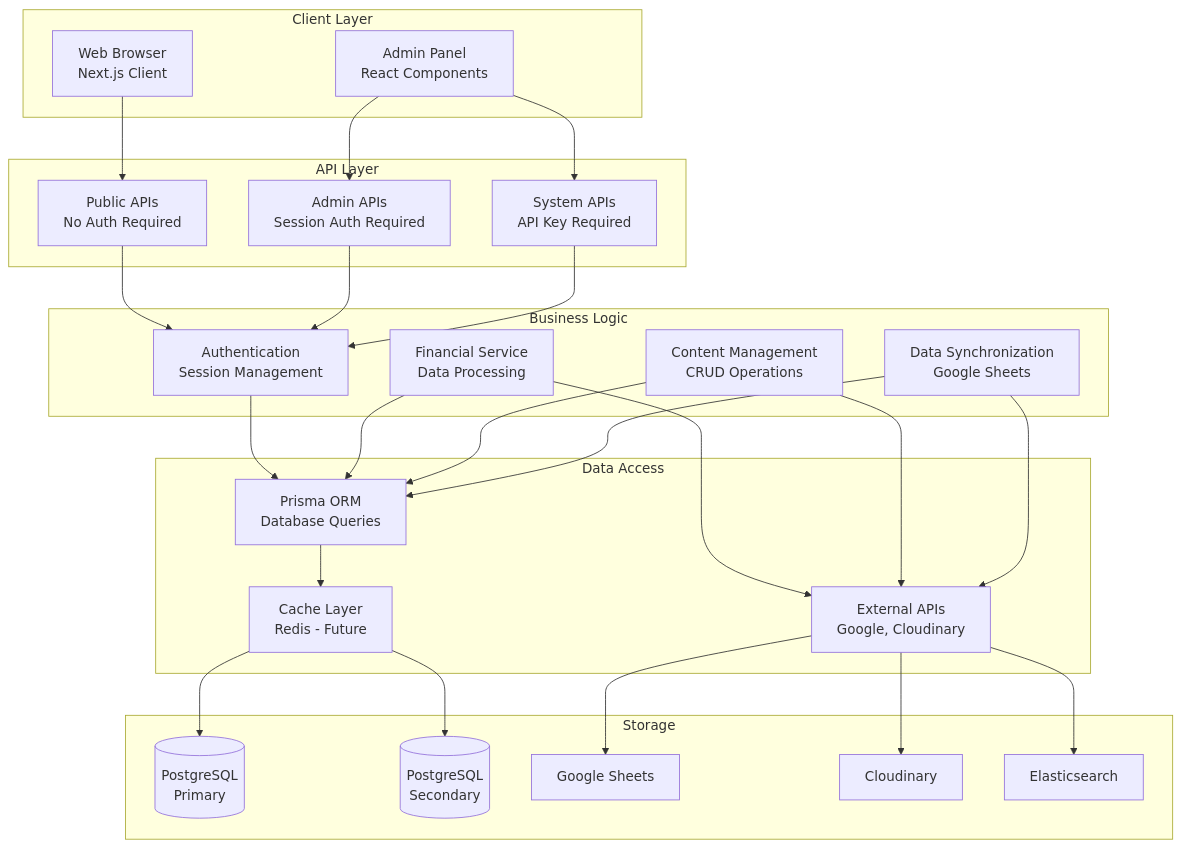
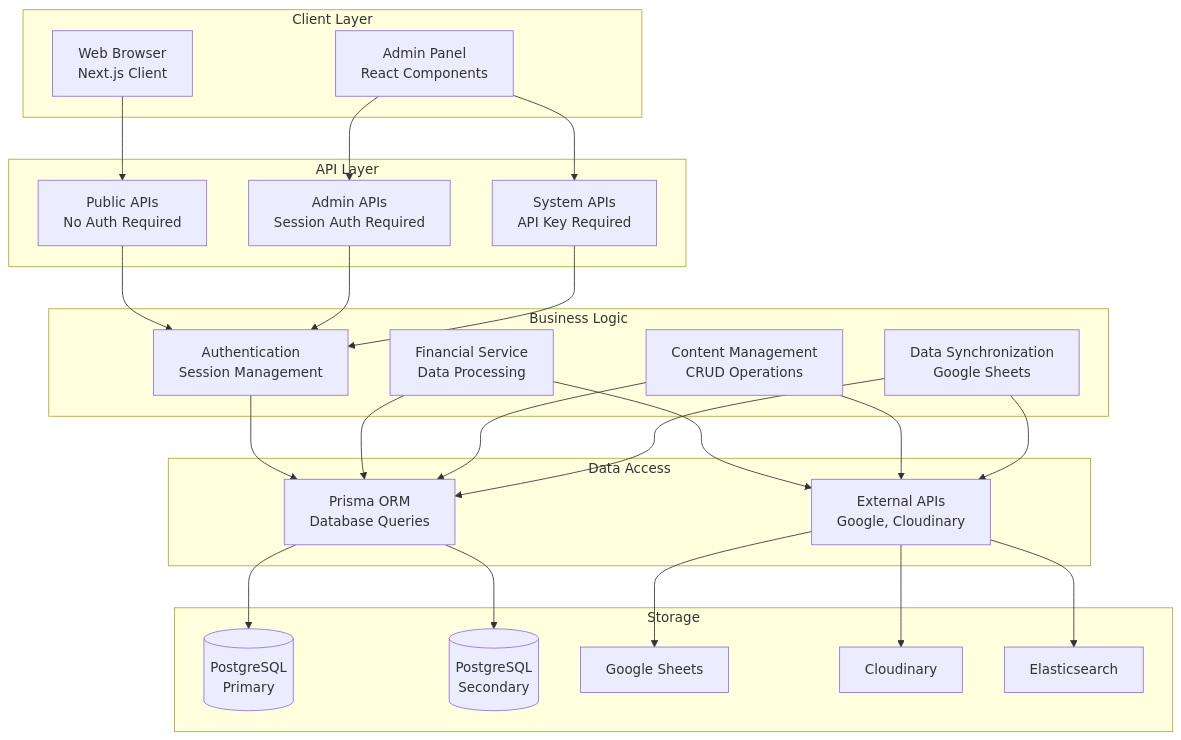
One commit to millenniumist/church-financial-report changed the eighth of 12 diagrams in SYSTEM_ARCHITECTURE.md. Above: the diagram before and after it, drawn with Mermaid. The commit also changed other lines of this file and 4 other files, not shown here.

````diff
--- a/SYSTEM_ARCHITECTURE.md
+++ b/SYSTEM_ARCHITECTURE.md
@@ -621,59 +613,57 @@
 ```mermaid
 graph TD
     subgraph "Client Layer"
         WEB[Web Browser<br/>Next.js Client]
         ADM2[Admin Panel<br/>React Components]
     end
 
     subgraph "API Layer"
         PUB[Public APIs<br/>No Auth Required]
         ADM3[Admin APIs<br/>Session Auth Required]
         SYS[System APIs<br/>API Key Required]
     end
 
     subgraph "Business Logic"
         AUTH[Authentication<br/>Session Management]
         FIN[Financial Service<br/>Data Processing]
         CONT[Content Management<br/>CRUD Operations]
         SYNC[Data Synchronization<br/>Google Sheets]
     end
 
     subgraph "Data Access"
         PRIS[Prisma ORM<br/>Database Queries]
-        CACHE[Cache Layer<br/>Redis - Future]
         EXT[External APIs<br/>Google, Cloudinary]
     end
 
     subgraph "Storage"
         DB3[(PostgreSQL<br/>Primary)]
         DB4[(PostgreSQL<br/>Secondary)]
         GS3[Google Sheets]
         CL2[Cloudinary]
         ES3[Elasticsearch]
     end
 
     WEB --> PUB
     ADM2 --> ADM3
     ADM2 --> SYS
 
     PUB --> AUTH
     ADM3 --> AUTH
     SYS --> AUTH
 
     AUTH --> PRIS
     FIN --> PRIS
     CONT --> PRIS
     SYNC --> PRIS
 
-    PRIS --> CACHE
-    CACHE --> DB3
-    CACHE --> DB4
+    PRIS --> DB3
+    PRIS --> DB4
 
     FIN --> EXT
     CONT --> EXT
     SYNC --> EXT
 
     EXT --> GS3
     EXT --> CL2
     EXT --> ES3
 ```
````
